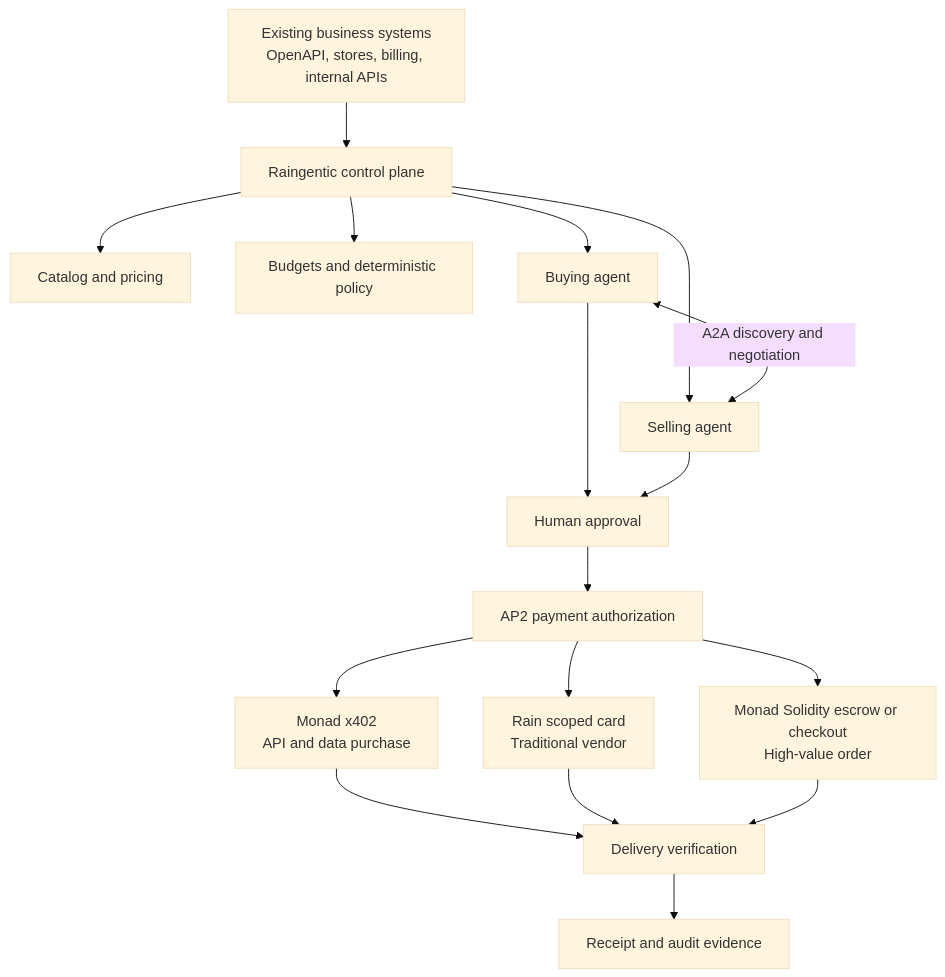
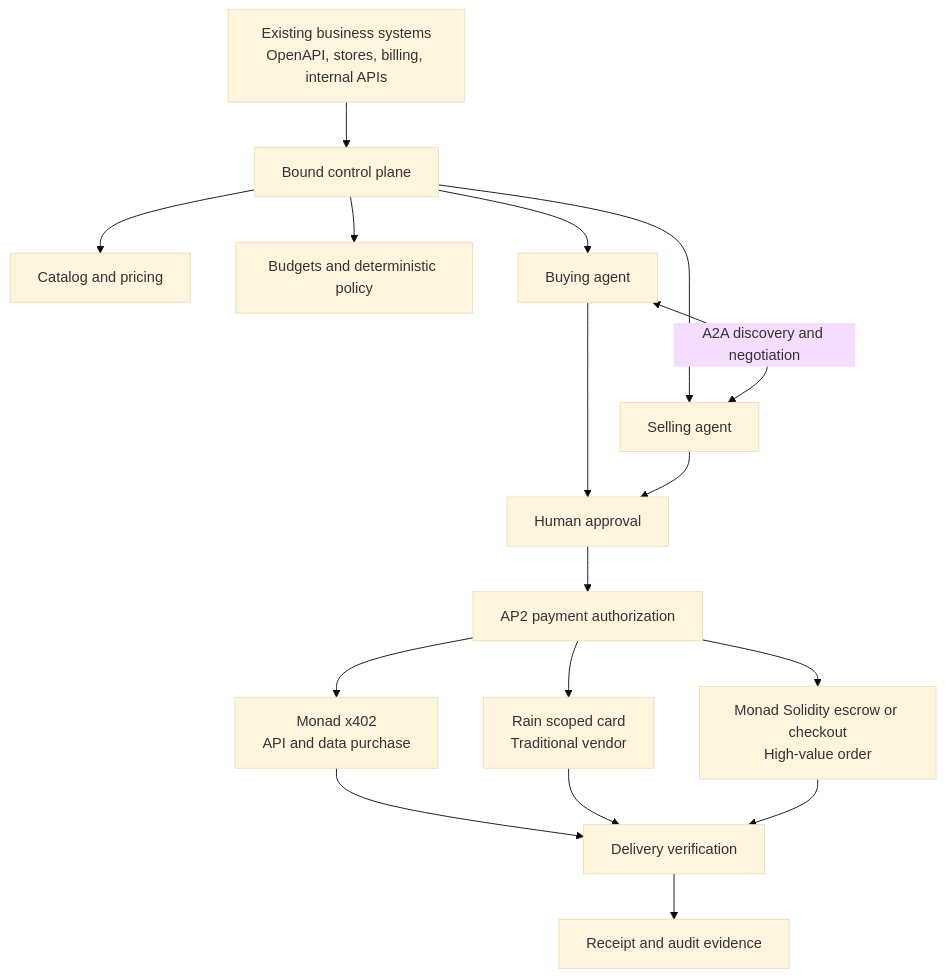
Before and after one commit to saikrishnabolla/caravel: the fourth of 4 diagrams in README.md, drawn with Mermaid (base theme). The commit also changed other lines of this file, not shown here.

Commit message:
Rename project to Bound and clarify business context

````diff
--- a/README.md
+++ b/README.md
@@ -167,19 +167,19 @@
 ```mermaid
 flowchart TD
-    S[Existing business systems<br/>OpenAPI, stores, billing, internal APIs] --> R[Raingentic control plane]
+    S[Existing business systems<br/>OpenAPI, stores, billing, internal APIs] --> R[Bound control plane]
     R --> C[Catalog and pricing]
     R --> P[Budgets and deterministic policy]
     R --> B[Buying agent]
     R --> E[Selling agent]
     B <-->|A2A discovery and negotiation| E
     B --> H[Human approval]
     E --> H
     H --> A[AP2 payment authorization]
     A --> M[Monad x402<br/>API and data purchase]
     A --> RC[Rain scoped card<br/>Traditional vendor]
     A --> X[Monad Solidity escrow or checkout<br/>High-value order]
     M --> V[Delivery verification]
     RC --> V
     X --> V
     V --> T[Receipt and audit evidence]
 ```
````
